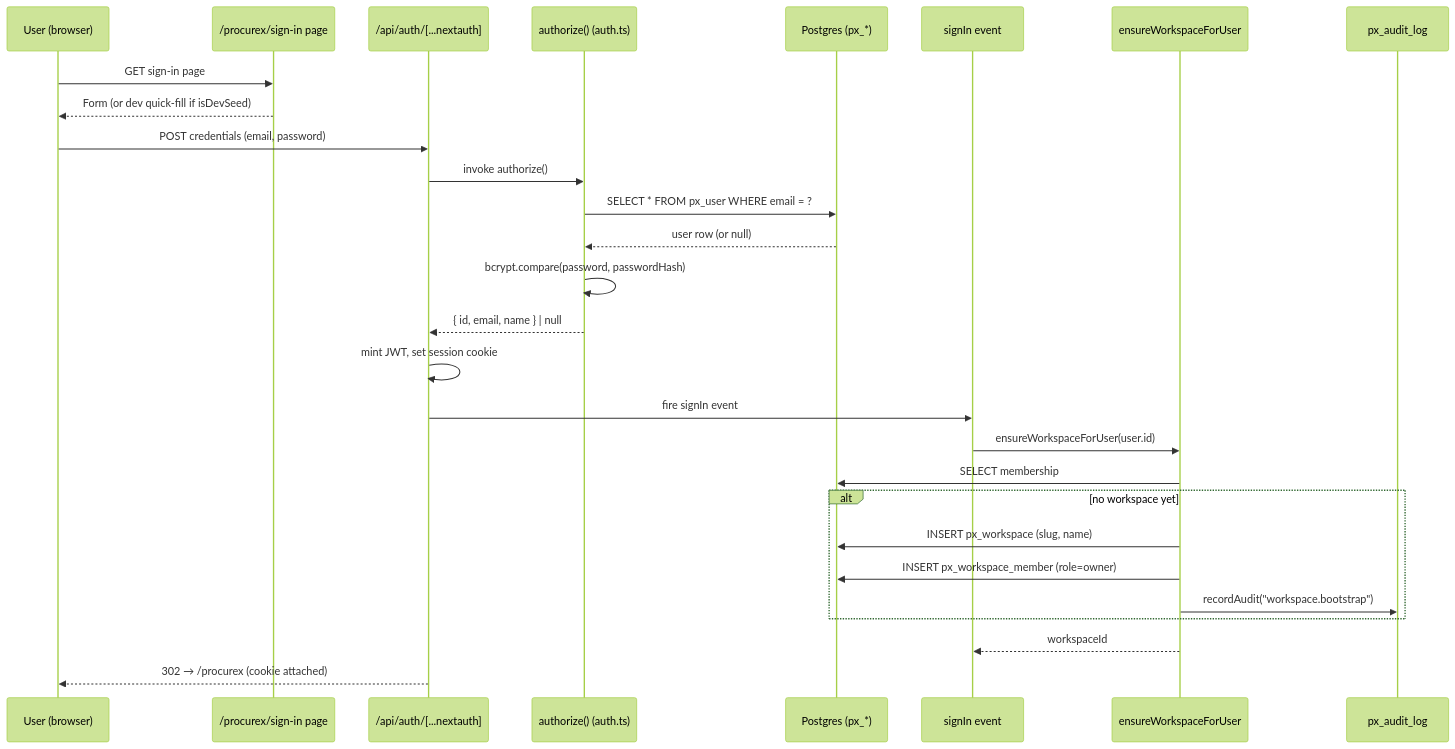
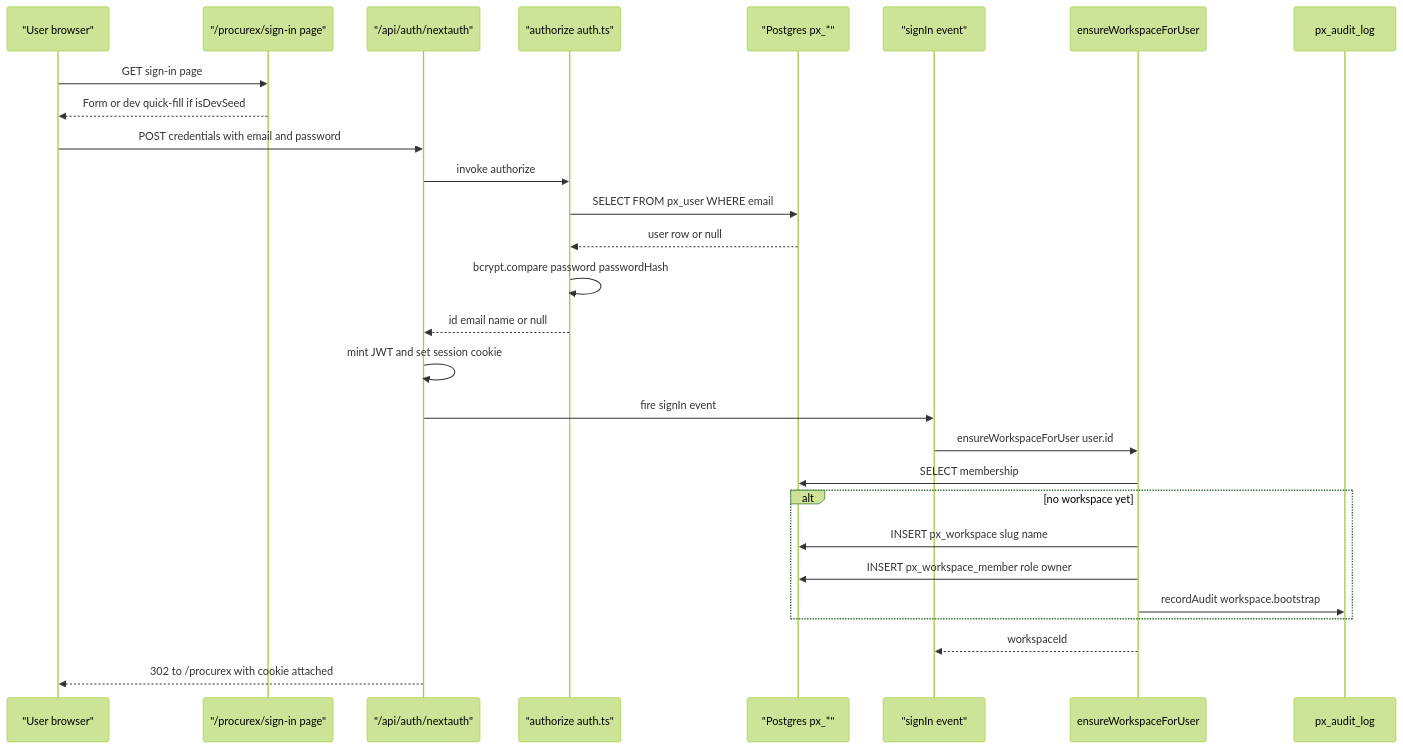
The first of 2 diagrams in docs/modules/procurex/identity-rbac-audit.md (tajalagawani/BOQs-master), drawn with Mermaid (forest theme) before and after one commit. The commit also changed other lines of this file and 8 other files, not shown here.

First line of the commit message:
fix(docs): mermaid 11 syntax across 18 diagrams in 9 module docs

````diff
--- a/docs/modules/procurex/identity-rbac-audit.md
+++ b/docs/modules/procurex/identity-rbac-audit.md
@@ -82,31 +82,31 @@
 ```mermaid
 sequenceDiagram
-    participant U as User (browser)
-    participant P as /procurex/sign-in page
-    participant H as /api/auth/[...nextauth]
-    participant A as authorize() (auth.ts)
-    participant DB as Postgres (px_*)
-    participant E as signIn event
+    participant U as "User browser"
+    participant P as "/procurex/sign-in page"
+    participant H as "/api/auth/nextauth"
+    participant A as "authorize auth.ts"
+    participant DB as "Postgres px_*"
+    participant E as "signIn event"
     participant W as ensureWorkspaceForUser
     participant AL as px_audit_log
 
     U->>P: GET sign-in page
-    P-->>U: Form (or dev quick-fill if isDevSeed)
-    U->>H: POST credentials (email, password)
-    H->>A: invoke authorize()
-    A->>DB: SELECT * FROM px_user WHERE email = ?
-    DB-->>A: user row (or null)
-    A->>A: bcrypt.compare(password, passwordHash)
-    A-->>H: { id, email, name } | null
-    H->>H: mint JWT, set session cookie
+    P-->>U: Form or dev quick-fill if isDevSeed
+    U->>H: POST credentials with email and password
+    H->>A: invoke authorize
+    A->>DB: SELECT FROM px_user WHERE email
+    DB-->>A: user row or null
+    A->>A: bcrypt.compare password passwordHash
+    A-->>H: id email name or null
+    H->>H: mint JWT and set session cookie
     H->>E: fire signIn event
-    E->>W: ensureWorkspaceForUser(user.id)
+    E->>W: ensureWorkspaceForUser user.id
     W->>DB: SELECT membership
     alt no workspace yet
-        W->>DB: INSERT px_workspace (slug, name)
-        W->>DB: INSERT px_workspace_member (role=owner)
-        W->>AL: recordAudit("workspace.bootstrap")
+        W->>DB: INSERT px_workspace slug name
+        W->>DB: INSERT px_workspace_member role owner
+        W->>AL: recordAudit workspace.bootstrap
     end
     W-->>E: workspaceId
-    H-->>U: 302 → /procurex (cookie attached)
+    H-->>U: 302 to /procurex with cookie attached
 ```
````
